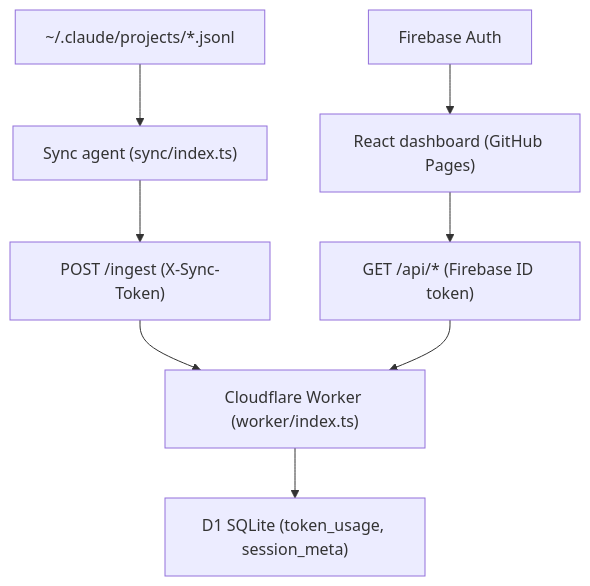
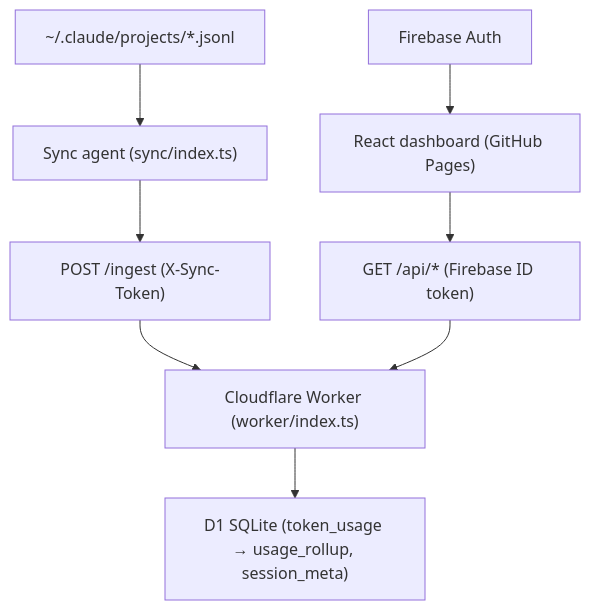
One commit to Danforthhh/Aimprint changed the diagram in docs/obsidian/Architecture/Overview.md. Above: the diagram before and after it, drawn with Mermaid. The commit also changed other lines of this file and 3 other files, not shown here.

First line of the commit message:
Document usage_rollup, index drop, pricing refresh, and reprice step in Obsidian docs

````diff
--- a/docs/obsidian/Architecture/Overview.md
+++ b/docs/obsidian/Architecture/Overview.md
@@ -5,10 +5,10 @@
 ```mermaid
 graph TD
     A["~/.claude/projects/*.jsonl"] --> B["Sync agent (sync/index.ts)"]
     B --> C["POST /ingest (X-Sync-Token)"]
     C --> D["Cloudflare Worker (worker/index.ts)"]
-    D --> E["D1 SQLite (token_usage, session_meta)"]
+    D --> E["D1 SQLite (token_usage → usage_rollup, session_meta)"]
     F["React dashboard (GitHub Pages)"] --> G["GET /api/* (Firebase ID token)"]
     G --> D
     H["Firebase Auth"] --> F
 ```
````
